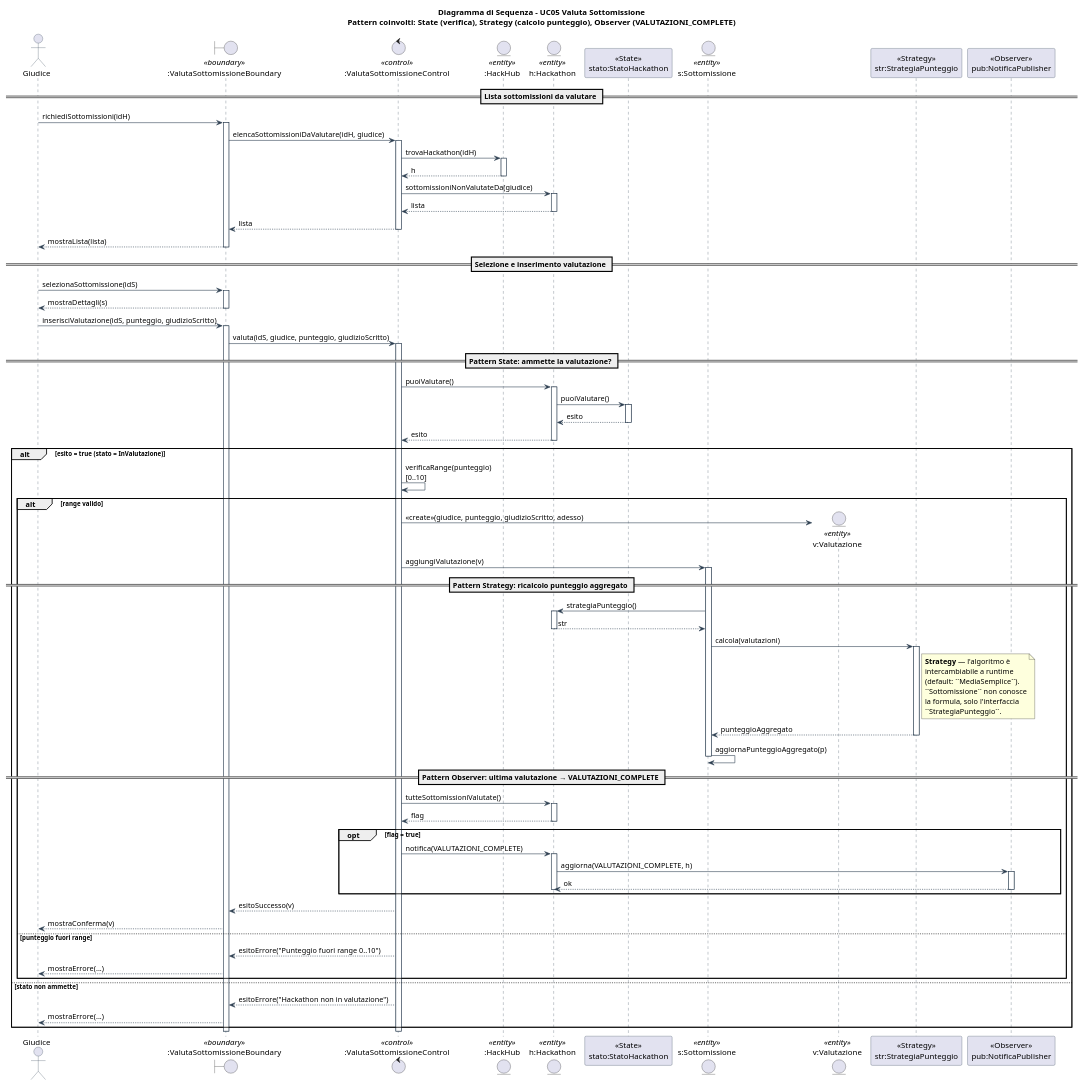
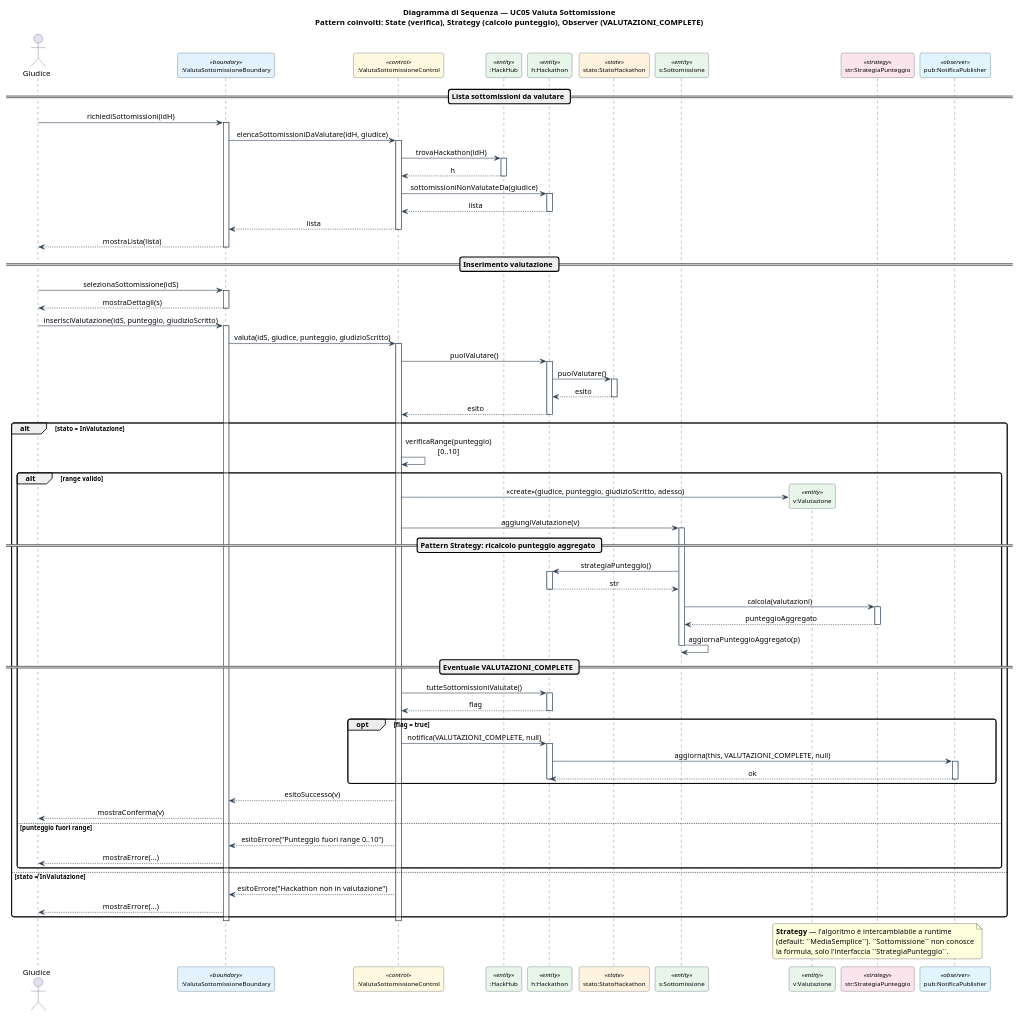
One commit to rizzutomatteo/hackhub-uml changed the diagram in 01-analisi/03-sequenze/seq-UC05-ValutaSottomissione.puml. Above: the diagram before and after it, drawn with PlantUML. The commit also changed 13 other files, not shown here.

First line of the commit message:
Riordino diagrammi UML: linetype ortho, fix firme codice

```diff
--- a/01-analisi/03-sequenze/seq-UC05-ValutaSottomissione.puml
+++ b/01-analisi/03-sequenze/seq-UC05-ValutaSottomissione.puml
@@ -1,134 +1,135 @@
 @startuml SeqUC05_ValutaSottomissione
-title Diagramma di Sequenza - UC05 Valuta Sottomissione\nPattern coinvolti: State (verifica), Strategy (calcolo punteggio), Observer (VALUTAZIONI_COMPLETE)
+title Diagramma di Sequenza — UC05 Valuta Sottomissione\nPattern coinvolti: State (verifica), Strategy (calcolo punteggio), Observer (VALUTAZIONI_COMPLETE)
 
+' ----- Convenzioni di rendering -----
+skinparam shadowing false
+skinparam roundCorner 8
+skinparam sequenceMessageAlign center
 skinparam sequence {
   ArrowColor              #2C3E50
   LifeLineBorderColor     #2C3E50
   ParticipantBorderColor  #2C3E50
   ActorBorderColor        #2C3E50
-  ParticipantBackgroundColor<<boundary>> #E3F2FD
-  ParticipantBackgroundColor<<control>>  #FFF8E1
-  ParticipantBackgroundColor<<entity>>   #E8F5E9
+  ParticipantFontSize     11
+  ParticipantBackgroundColor<<boundary>>  #E3F2FD
+  ParticipantBackgroundColor<<control>>   #FFF8E1
+  ParticipantBackgroundColor<<entity>>    #E8F5E9
+  ParticipantBackgroundColor<<state>>     #FFF3E0
+  ParticipantBackgroundColor<<strategy>>  #FCE4EC
+  ParticipantBackgroundColor<<observer>>  #E1F5FE
 }
 
-actor      "Giudice"                                       as Giu
-boundary   ":ValutaSottomissioneBoundary"                  as B    <<boundary>>
-control    ":ValutaSottomissioneControl"                   as C    <<control>>
-entity     ":HackHub"                                      as Hub  <<entity>>
-entity     "h:Hackathon"                                   as H    <<entity>>
-participant "<<State>>\nstato:StatoHackathon"               as S
-entity     "s:Sottomissione"                               as Sub  <<entity>>
-entity     "v:Valutazione"                                 as V    <<entity>>
-participant "<<Strategy>>\nstr:StrategiaPunteggio"          as Str
-participant "<<Observer>>\npub:NotificaPublisher"           as Pub
+actor       "Giudice"                       as Giu
+participant ":ValutaSottomissioneBoundary"  as B    <<boundary>>
+participant ":ValutaSottomissioneControl"   as C    <<control>>
+participant ":HackHub"                      as Hub  <<entity>>
+participant "h:Hackathon"                   as H    <<entity>>
+participant "stato:StatoHackathon"          as S    <<state>>
+participant "s:Sottomissione"               as Sub  <<entity>>
+participant "v:Valutazione"                 as V    <<entity>>
+participant "str:StrategiaPunteggio"        as Str  <<strategy>>
+participant "pub:NotificaPublisher"         as Pub  <<observer>>
 
 == Lista sottomissioni da valutare ==
 
 Giu -> B : richiediSottomissioni(idH)
 activate B
 B  -> C : elencaSottomissioniDaValutare(idH, giudice)
 activate C
 C  -> Hub : trovaHackathon(idH)
 activate Hub
 Hub --> C : h
 deactivate Hub
 C  -> H : sottomissioniNonValutateDa(giudice)
 activate H
 H  --> C : lista
 deactivate H
 C  --> B : lista
 deactivate C
 B  --> Giu : mostraLista(lista)
 deactivate B
 
-== Selezione e inserimento valutazione ==
+== Inserimento valutazione ==
 
 Giu -> B : selezionaSottomissione(idS)
 activate B
 B  --> Giu : mostraDettagli(s)
 deactivate B
 
 Giu -> B : inserisciValutazione(idS, punteggio, giudizioScritto)
 activate B
 B  -> C : valuta(idS, giudice, punteggio, giudizioScritto)
 activate C
 
-== Pattern State: ammette la valutazione? ==
-
 C  -> H : puoiValutare()
 activate H
 H  -> S : puoiValutare()
 activate S
 S  --> H : esito
 deactivate S
 H  --> C : esito
 deactivate H
 
-alt esito = true (stato = InValutazione)
-
+alt stato = InValutazione
     C  -> C  : verificaRange(punteggio)\n[0..10]
 
     alt range valido
         create V
         C  -> V : <<create>>(giudice, punteggio, giudizioScritto, adesso)
 
         C  -> Sub : aggiungiValutazione(v)
         activate Sub
 
         == Pattern Strategy: ricalcolo punteggio aggregato ==
 
         Sub -> H : strategiaPunteggio()
         activate H
         H  --> Sub : str
         deactivate H
 
         Sub -> Str : calcola(valutazioni)
         activate Str
-
-        note right of Str
-          **Strategy** — l'algoritmo è
-          intercambiabile a runtime
-          (default: ``MediaSemplice``).
-          ``Sottomissione`` non conosce
-          la formula, solo l'interfaccia
-          ``StrategiaPunteggio``.
-        end note
-
         Str --> Sub : punteggioAggregato
         deactivate Str
 
         Sub -> Sub : aggiornaPunteggioAggregato(p)
         deactivate Sub
 
-        == Pattern Observer: ultima valutazione → VALUTAZIONI_COMPLETE ==
+        == Eventuale VALUTAZIONI_COMPLETE ==
 
         C  -> H : tutteSottomissioniValutate()
         activate H
         H  --> C : flag
         deactivate H
 
         opt flag = true
-            C  -> H : notifica(VALUTAZIONI_COMPLETE)
+            C  -> H : notifica(VALUTAZIONI_COMPLETE, null)
             activate H
-            H  -> Pub : aggiorna(VALUTAZIONI_COMPLETE, h)
+            H  -> Pub : aggiorna(this, VALUTAZIONI_COMPLETE, null)
             activate Pub
             Pub --> H : ok
             deactivate Pub
             deactivate H
         end
 
         C  --> B : esitoSuccesso(v)
         B  --> Giu : mostraConferma(v)
     else punteggio fuori range
         C  --> B : esitoErrore("Punteggio fuori range 0..10")
         B  --> Giu : mostraErrore(...)
     end
-else stato non ammette
+else stato ≠ InValutazione
     C  --> B : esitoErrore("Hackathon non in valutazione")
     B  --> Giu : mostraErrore(...)
 end
 
 deactivate C
 deactivate B
 
+note over Str
+  **Strategy** — l'algoritmo è intercambiabile a runtime
+  (default: ``MediaSemplice``). ``Sottomissione`` non conosce
+  la formula, solo l'interfaccia ``StrategiaPunteggio``.
+end note
+
 @enduml
```
